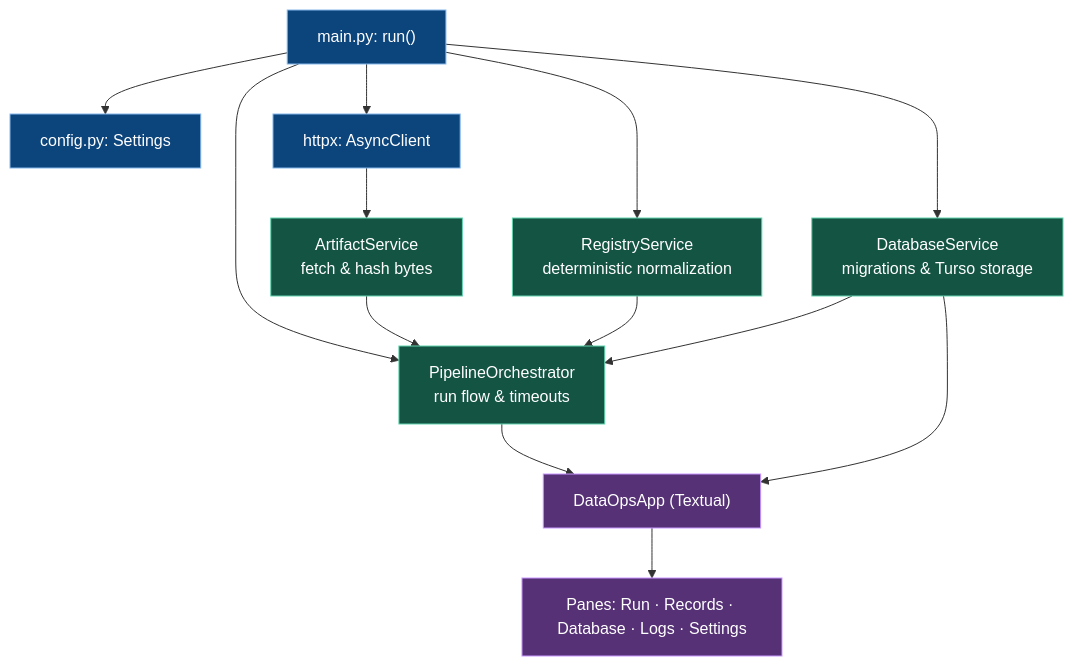
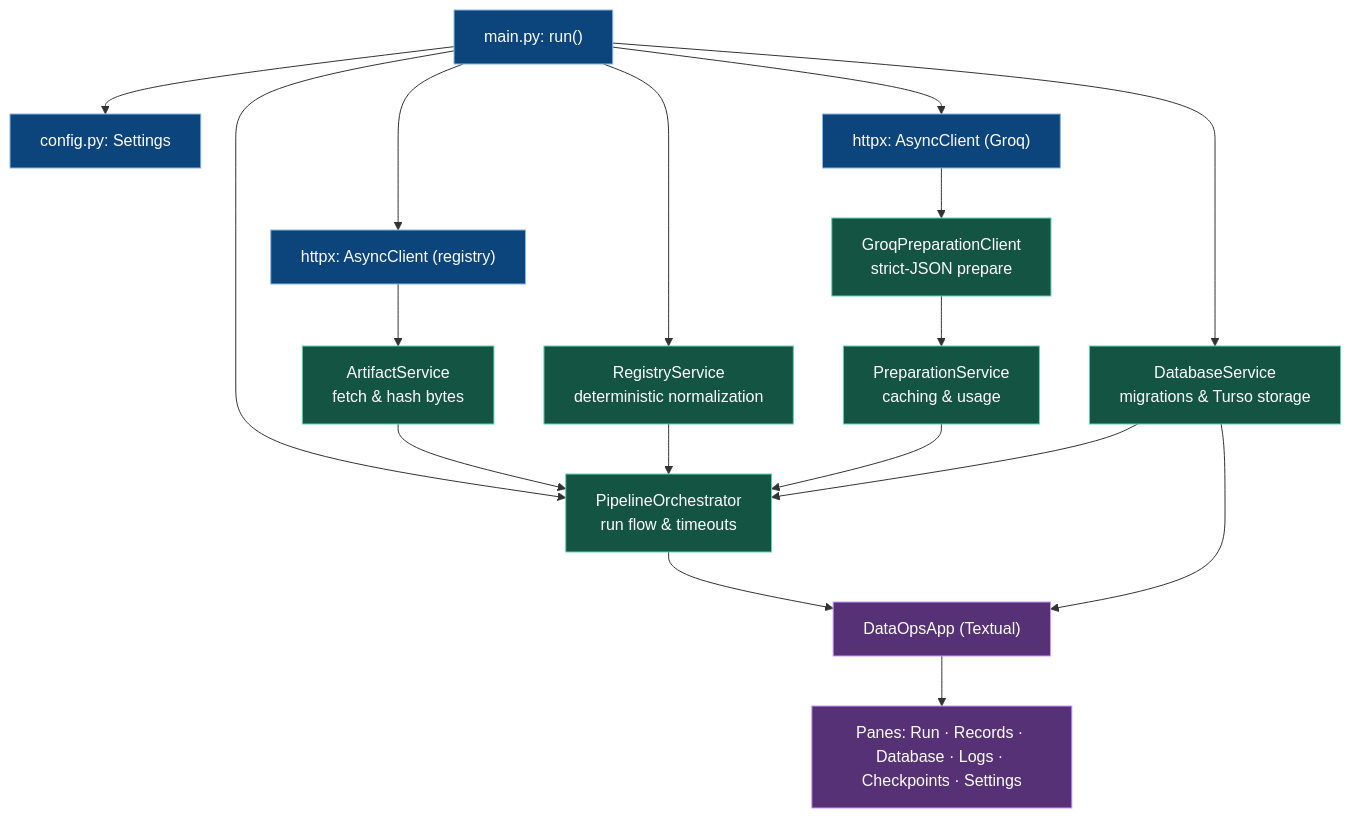
One commit to OussemaJaouadi/Athar changed the first of 2 diagrams in docs/dataops/ARCHITECTURE.md. Above: the diagram before and after it, drawn with Mermaid. The commit also changed other lines of this file and 42 other files, not shown here.

First line of the commit message:
✨ feat(dataops): groq prepare with multi-profile rotation, checkpoints probes, wipe tool, and UI round

````diff
--- a/docs/dataops/ARCHITECTURE.md
+++ b/docs/dataops/ARCHITECTURE.md
@@ -30,37 +32,44 @@
 ```mermaid
 flowchart TD
     MAIN["main.py: run()"]
     CFG["config.py: Settings"]
-    HTTP["httpx: AsyncClient"]
+    HTTP["httpx: AsyncClient (registry)"]
+    GROQ_HTTP["httpx: AsyncClient (Groq)"]
     
     ART["ArtifactService<br/>fetch & hash bytes"]
     REG["RegistryService<br/>deterministic normalization"]
+    GROQ["GroqPreparationClient<br/>strict-JSON prepare"]
+    PREP["PreparationService<br/>caching & usage"]
     DB["DatabaseService<br/>migrations & Turso storage"]
     ORCH["PipelineOrchestrator<br/>run flow & timeouts"]
     
     APP["DataOpsApp (Textual)"]
-    PANES["Panes: Run · Records · Database · Logs · Settings"]
+    PANES["Panes: Run · Records · Database · Logs · Checkpoints · Settings"]
 
     MAIN --> CFG
     MAIN --> HTTP
+    MAIN --> GROQ_HTTP
     MAIN --> DB
     
     HTTP --> ART
+    GROQ_HTTP --> GROQ
     MAIN --> REG
     MAIN --> ORCH
     
     ART --> ORCH
     REG --> ORCH
+    GROQ --> PREP
+    PREP --> ORCH
     DB --> ORCH
     
     ORCH --> APP
     DB --> APP
     APP --> PANES
 
     classDef core fill:#0C447C,stroke:#85B7EB,color:#FFFFFF
     classDef svc fill:#145443,stroke:#63D5AF,color:#FFFFFF
     classDef ui fill:#563175,stroke:#C798FF,color:#FFFFFF
-    class MAIN,CFG,HTTP core
-    class ART,REG,DB,ORCH svc
+    class MAIN,CFG,HTTP,GROQ_HTTP core
+    class ART,REG,DB,ORCH,PREP,GROQ svc
     class APP,PANES ui
 ```
````
